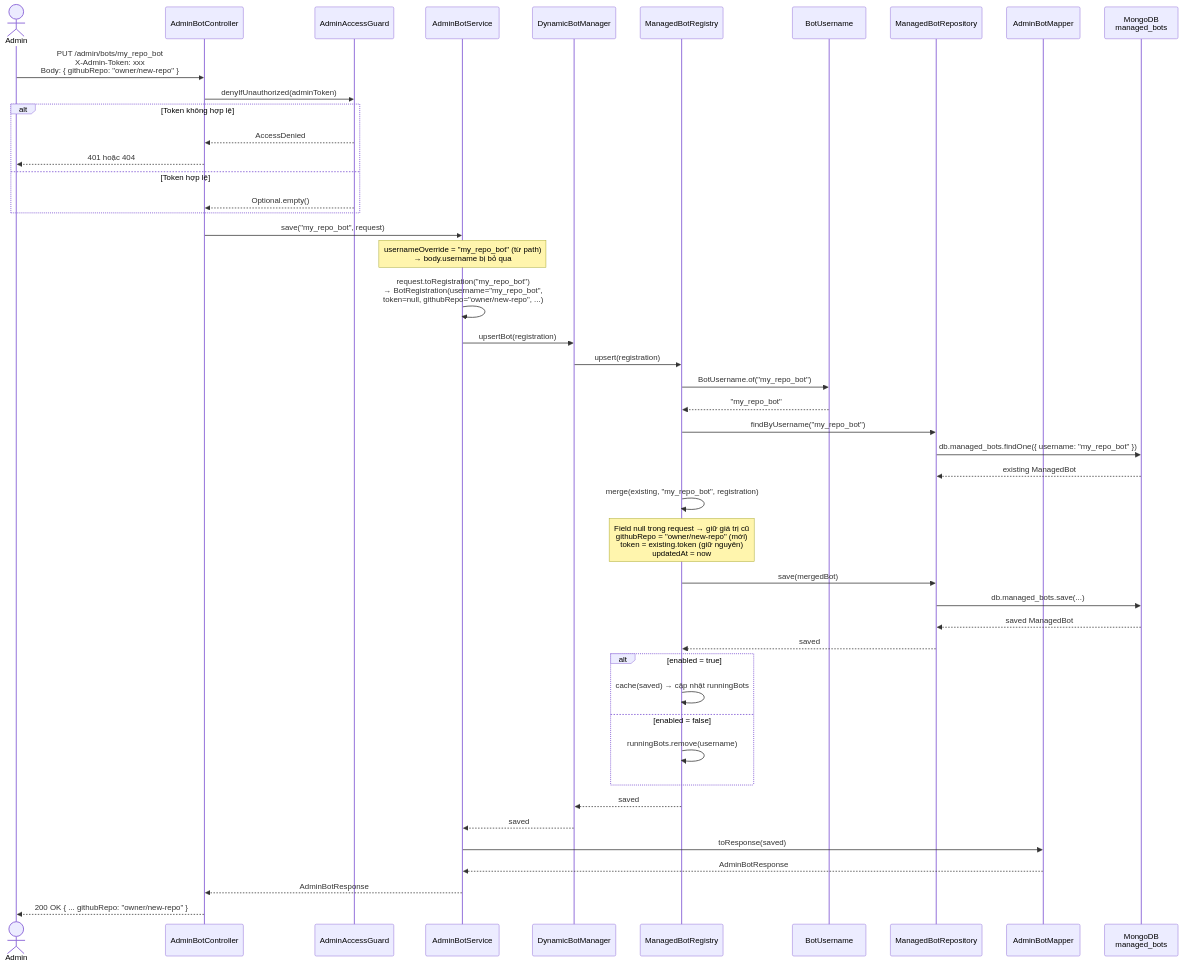
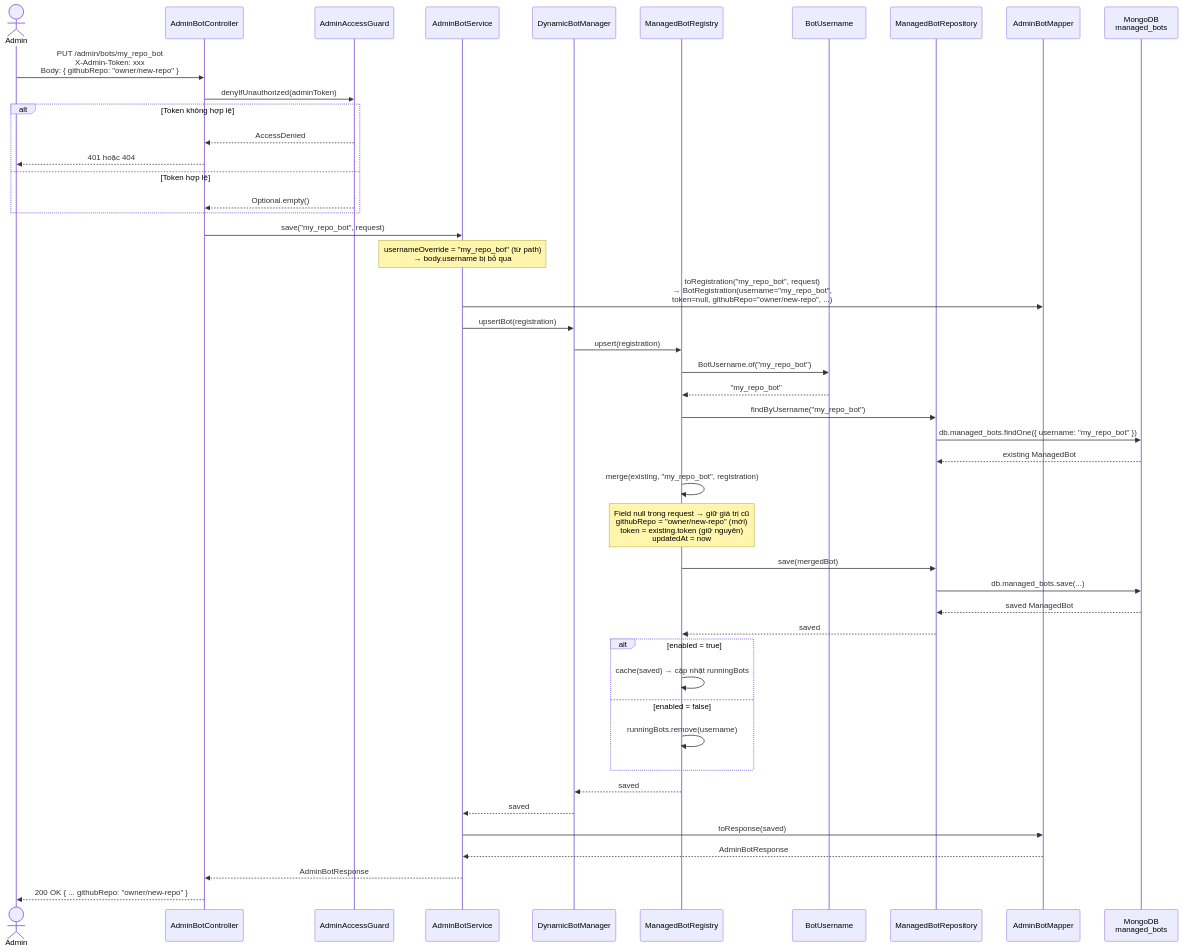
Before and after one commit to ldqanh1408/telegramsixsixsix: the diagram in docs/api/PUT_admin_bots_username.md, drawn with Mermaid. The commit also changed 105 other files, not shown here.

````diff
--- a/docs/api/PUT_admin_bots_username.md
+++ b/docs/api/PUT_admin_bots_username.md
@@ -68,60 +68,60 @@
 ```mermaid
 sequenceDiagram
     actor Admin
     participant Controller as AdminBotController
     participant Guard as AdminAccessGuard
     participant Service as AdminBotService
     participant Facade as DynamicBotManager
     participant Registry as ManagedBotRegistry
     participant BotUsername as BotUsername
     participant Repo as ManagedBotRepository
     participant Mapper as AdminBotMapper
     participant DB as MongoDB<br/>managed_bots
 
     Admin->>Controller: PUT /admin/bots/my_repo_bot<br/>X-Admin-Token: xxx<br/>Body: { githubRepo: "owner/new-repo" }
 
     Controller->>Guard: denyIfUnauthorized(adminToken)
     alt Token không hợp lệ
         Guard-->>Controller: AccessDenied
         Controller-->>Admin: 401 hoặc 404
     else Token hợp lệ
         Guard-->>Controller: Optional.empty()
     end
 
     Controller->>Service: save("my_repo_bot", request)
     Note over Service: usernameOverride = "my_repo_bot" (từ path)<br/>→ body.username bị bỏ qua
 
-    Service->>Service: request.toRegistration("my_repo_bot")<br/>→ BotRegistration(username="my_repo_bot",<br/>   token=null, githubRepo="owner/new-repo", ...)
+    Service->>Mapper: toRegistration("my_repo_bot", request)<br/>→ BotRegistration(username="my_repo_bot",<br/>   token=null, githubRepo="owner/new-repo", ...)
 
     Service->>Facade: upsertBot(registration)
     Facade->>Registry: upsert(registration)
 
     Registry->>BotUsername: BotUsername.of("my_repo_bot")
     BotUsername-->>Registry: "my_repo_bot"
 
     Registry->>Repo: findByUsername("my_repo_bot")
     Repo->>DB: db.managed_bots.findOne({ username: "my_repo_bot" })
     DB-->>Repo: existing ManagedBot
 
     Registry->>Registry: merge(existing, "my_repo_bot", registration)
     Note over Registry: Field null trong request → giữ giá trị cũ<br/>githubRepo = "owner/new-repo" (mới)<br/>token = existing.token (giữ nguyên)<br/>updatedAt = now
 
     Registry->>Repo: save(mergedBot)
     Repo->>DB: db.managed_bots.save(...)
     DB-->>Repo: saved ManagedBot
     Repo-->>Registry: saved
 
     alt enabled = true
         Registry->>Registry: cache(saved) → cập nhật runningBots
     else enabled = false
         Registry->>Registry: runningBots.remove(username)
     end
 
     Registry-->>Facade: saved
     Facade-->>Service: saved
 
     Service->>Mapper: toResponse(saved)
     Mapper-->>Service: AdminBotResponse
     Service-->>Controller: AdminBotResponse
     Controller-->>Admin: 200 OK { ... githubRepo: "owner/new-repo" }
 ```
````
